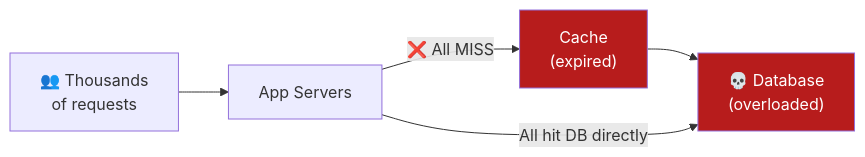
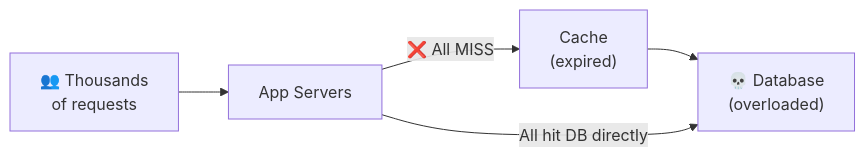
The eighth of 9 diagrams in src/content/blog/thundering-herd.md (g-savitha/gsavitha.in), drawn with Mermaid before and after one commit. The commit also changed other lines of this file and 6 other files, not shown here.

First line of the commit message:
Theme every Mermaid diagram from one shared palette

````diff
--- a/src/content/blog/thundering-herd.md
+++ b/src/content/blog/thundering-herd.md
@@ -404,10 +404,10 @@
 ```mermaid
 flowchart LR
     Users["👥 Thousands\nof requests"] --> App["App Servers"]
     App -->|"❌ All MISS"| Cache["Cache\n(expired)"]
     Cache --> DB["💀 Database\n(overloaded)"]
     App -->|"All hit DB directly"| DB
 
-    style Cache fill:#b71c1c,color:#fff
-    style DB fill:#b71c1c,color:#fff
+    class Cache danger
+    class DB danger
 ```
````
